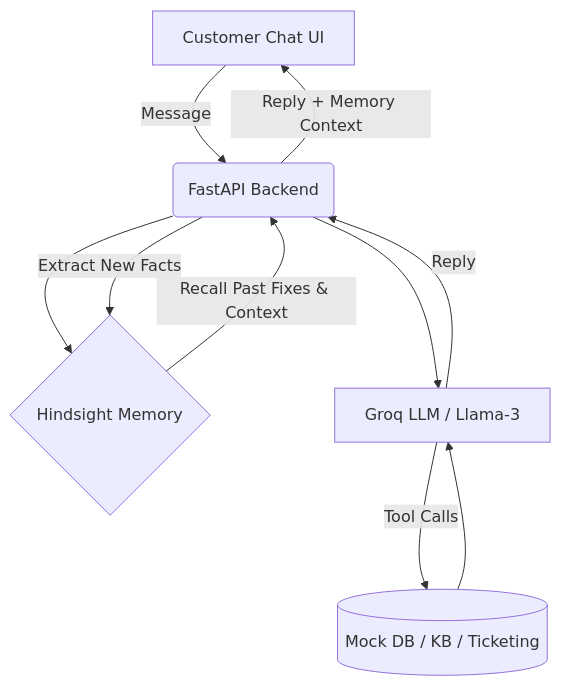
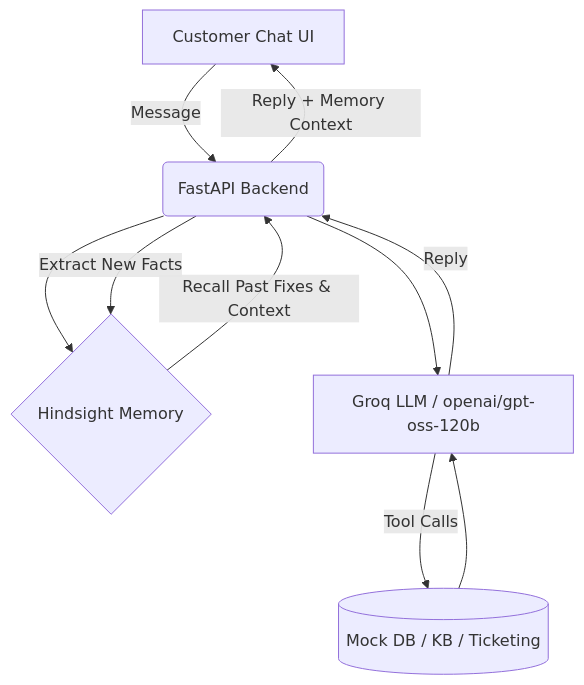
Before and after one commit to tShivam25/Elephant-Customer-Support-Agent: the diagram in README.md, drawn with Mermaid. The commit also changed other lines of this file, not shown here.

````diff
--- a/README.md
+++ b/README.md
@@ -22,12 +43,12 @@
 ```mermaid
 graph TD
     A[Customer Chat UI] -->|Message| B(FastAPI Backend)
     B --> C{Hindsight Memory}
     C -->|Recall Past Fixes & Context| B
-    B --> D[Groq LLM / Llama-3]
+    B --> D[Groq LLM / openai/gpt-oss-120b]
     D -->|Tool Calls| E[(Mock DB / KB / Ticketing)]
     E --> D
     D -->|Reply| B
     B -->|Extract New Facts| C
     B -->|Reply + Memory Context| A
 ```
````
